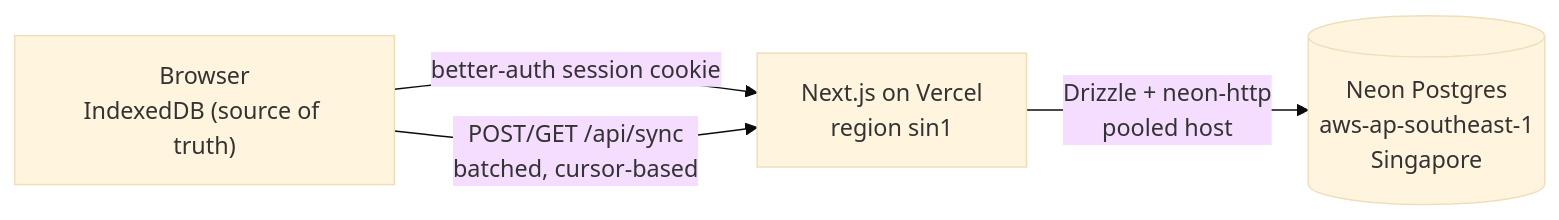
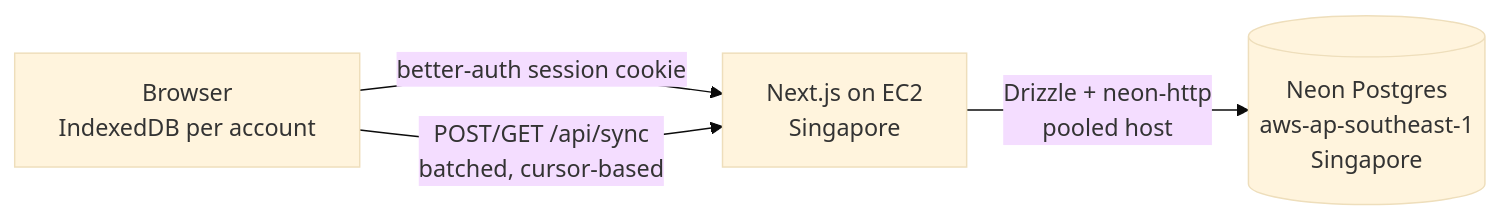
The diagram in docs/DEPLOY.md (aniruddha81/system-design-simulation), drawn with Mermaid (base theme) before and after one commit. The commit also changed other lines of this file and 27 other files, not shown here.

Commit message:
Fix account isolation, session revocation and production security controls

````diff
--- a/docs/DEPLOY.md
+++ b/docs/DEPLOY.md
@@ -5,6 +5,6 @@
 ```mermaid
 flowchart LR
-  B["Browser<br/>IndexedDB (source of truth)"] -- "better-auth session cookie" --> A["Next.js on Vercel<br/>region sin1"]
+  B["Browser<br/>IndexedDB per account"] -- "better-auth session cookie" --> A["Next.js on EC2<br/>Singapore"]
   A -- "Drizzle + neon-http<br/>pooled host" --> N[("Neon Postgres<br/>aws-ap-southeast-1<br/>Singapore")]
   B -- "POST/GET /api/sync<br/>batched, cursor-based" --> A
 ```
````
